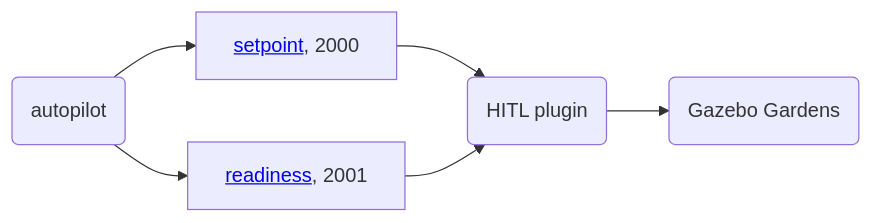
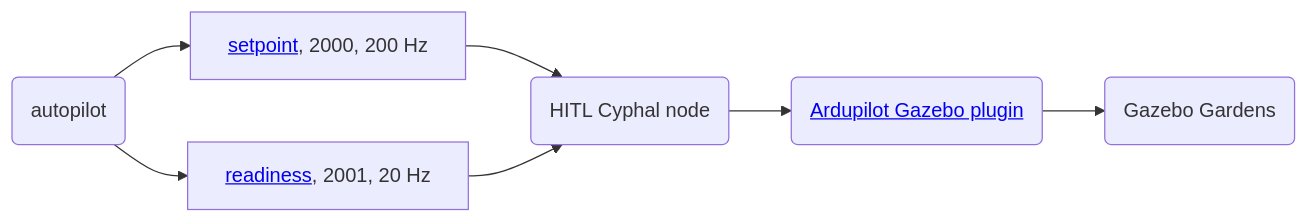
Before and after one commit to RaccoonlabDev/cyphal_application: the first of 2 diagrams in tests/autopilot_hitl/README.md, drawn with Mermaid. The commit also changed other lines of this file and 9 other files, not shown here.

Commit message:
first version of hitl working with default ardupilot gz plugin

````diff
--- a/tests/autopilot_hitl/README.md
+++ b/tests/autopilot_hitl/README.md
@@ -5,14 +9,16 @@
 ```mermaid
 flowchart LR
 
 hw(autopilot)
-hitl(HITL plugin)
+hitl_node(HITL Cyphal node)
+ap_gz_plugin(<a href='https://github.com/ArduPilot/ardupilot_gazebo'>Ardupilot Gazebo plugin</a>)
 gz(Gazebo Gardens)
-hitl --> gz
 
-setpoint[<a href='https://github.com/OpenCyphal/public_regulated_data_types/blob/master/reg/udral/service/actuator/common/sp/Vector4.0.1.dsdl'>setpoint</a>, 2000]
-readiness[ <a href='https://github.com/OpenCyphal/public_regulated_data_types/blob/master/reg/udral/service/common/Readiness.0.1.dsdl'>readiness</a>, 2001]
+setpoint[<a href='https://github.com/OpenCyphal/public_regulated_data_types/blob/master/reg/udral/service/actuator/common/sp/Vector4.0.1.dsdl'>setpoint</a>, 2000, 200 Hz]
+readiness[ <a href='https://github.com/OpenCyphal/public_regulated_data_types/blob/master/reg/udral/service/common/Readiness.0.1.dsdl'>readiness</a>, 2001, 20 Hz]
 
-hw --> setpoint --> hitl
-hw --> readiness --> hitl
+hw --> setpoint --> hitl_node
+hw --> readiness --> hitl_node
+hitl_node --> ap_gz_plugin --> gz
+
 ```
````
